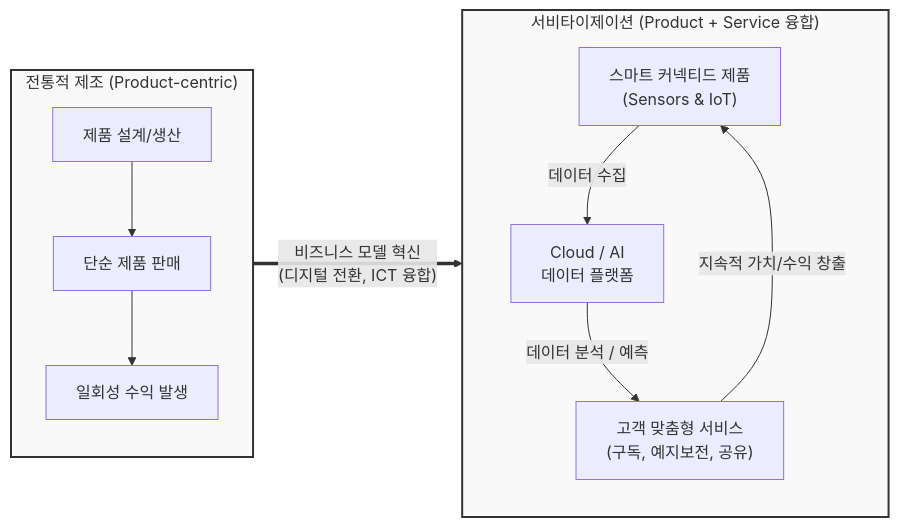
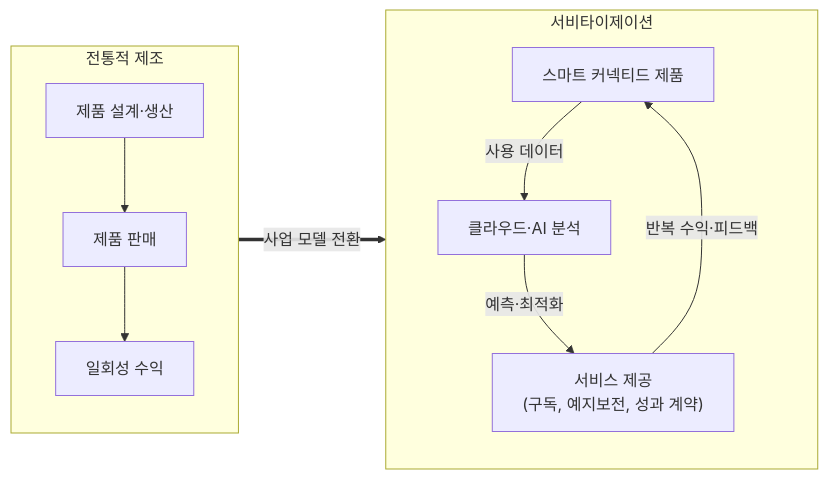
Before and after one commit to supremethumb/supremethumb.github.io: the diagram in content/01_IT Tech/서비타이제이션.md, drawn with Mermaid. The commit also changed other lines of this file and 1087 other files, not shown here.

````diff
--- a/content/01_IT Tech/서비타이제이션.md
+++ b/content/01_IT Tech/서비타이제이션.md
@@ -23,22 +35,14 @@
 ```mermaid
 flowchart LR
-    subgraph Traditional ["전통적 제조 (Product-centric)"]
+    subgraph T["전통적 제조"]
         direction TB
-        A["제품 설계/생산"] --> B[단순 제품 판매]
-        B --> C[일회성 수익 발생]
+        A["제품 설계·생산"] --> B["제품 판매"] --> C["일회성 수익"]
     end
-    
-    subgraph Servitization ["서비타이제이션 (Product + Service 융합)"]
+    subgraph S["서비타이제이션"]
         direction TB
-        D["스마트 커넥티드 제품<br/>(Sensors & IoT)"] -- "데이터 수집" --> E["Cloud / AI<br/>데이터 플랫폼"]
-        E -- "데이터 분석 / 예측" --> F["고객 맞춤형 서비스<br/>(구독, 예지보전, 공유)"]
-        F -- "지속적 가치/수익 창출" --> D
+        D["스마트 커넥티드 제품"] -->|"사용 데이터"| E["클라우드·AI 분석"]
+        E -->|"예측·최적화"| F["서비스 제공<br/>(구독, 예지보전, 성과 계약)"]
+        F -->|"반복 수익·피드백"| D
     end
-    
-    Traditional ==> |"비즈니스 모델 혁신\n(디지털 전환, ICT 융합)"| Servitization
-    
-    classDef bg fill:#f9f9f9,stroke:#333,stroke-width:2px;
-    class Traditional,Servitization bg;
-
-
+    T ==>|"사업 모델 전환"| S
 ```
````
